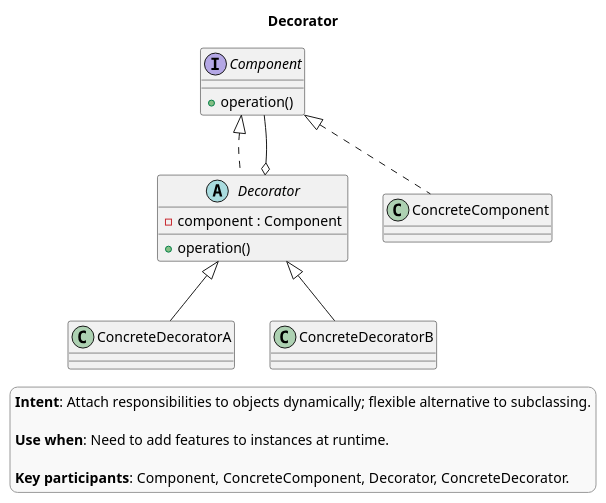
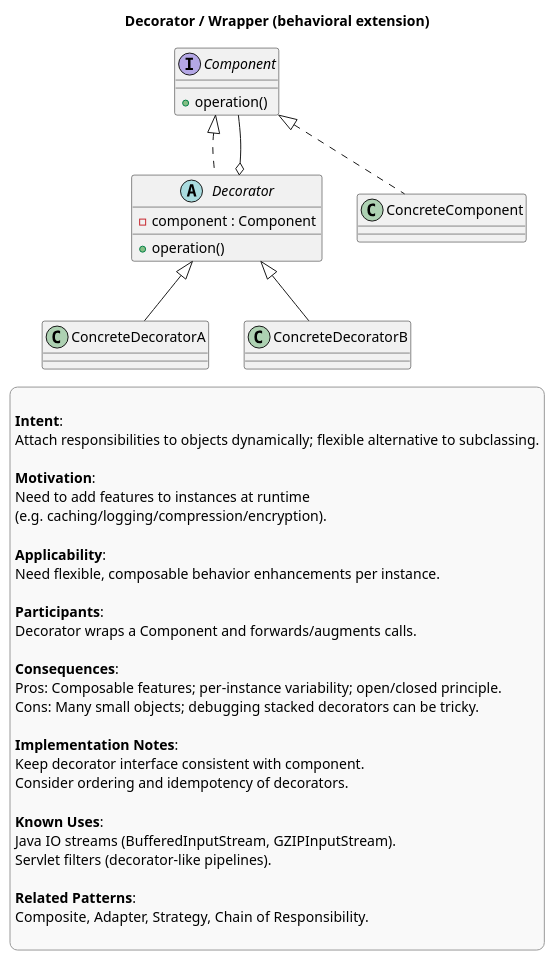
Before and after one commit to AkselErenberk/design-patterns: the diagram in theory/structural/decorator.puml, drawn with PlantUML. The commit also changed 26 other files, not shown here.

Commit message:
design pattern class diagrams

```diff
--- a/theory/structural/decorator.puml
+++ b/theory/structural/decorator.puml
@@ -1,32 +1,56 @@
 @startuml
-title Decorator
+title Decorator / Wrapper (behavioral extension)
 
 skinparam legendBackgroundColor #f9f9f9
 skinparam legendBorderColor #999999
 
 legend right
-**Intent**: Attach responsibilities to objects dynamically; flexible alternative to subclassing.
 
-**Use when**: Need to add features to instances at runtime.
+**Intent**:
+Attach responsibilities to objects dynamically; flexible alternative to subclassing.
 
-**Key participants**: Component, ConcreteComponent, Decorator, ConcreteDecorator.
+**Motivation**:
+Need to add features to instances at runtime
+(e.g. caching/logging/compression/encryption).
+
+**Applicability**:
+Need flexible, composable behavior enhancements per instance.
+
+**Participants**:
+Decorator wraps a Component and forwards/augments calls.
+
+**Consequences**:
+Pros: Composable features; per-instance variability; open/closed principle.
+Cons: Many small objects; debugging stacked decorators can be tricky.
+
+**Implementation Notes**:
+Keep decorator interface consistent with component.
+Consider ordering and idempotency of decorators.
+
+**Known Uses**:
+Java IO streams (BufferedInputStream, GZIPInputStream).
+Servlet filters (decorator-like pipelines).
+
+**Related Patterns**:
+Composite, Adapter, Strategy, Chain of Responsibility.
+
 endlegend
 
 interface Component {
   +operation()
 }
 
 abstract class Decorator implements Component {
   -component : Component
   +operation()
 }
 
 class ConcreteComponent
 class ConcreteDecoratorA
 class ConcreteDecoratorB
 
 Component <|.. ConcreteComponent
 Decorator <|-- ConcreteDecoratorA
 Decorator <|-- ConcreteDecoratorB
 Decorator o-- Component
 @enduml
```
